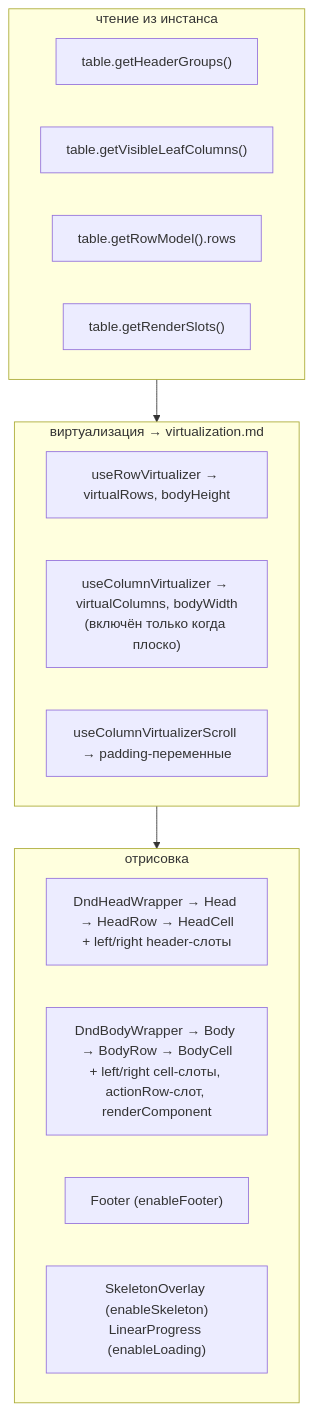
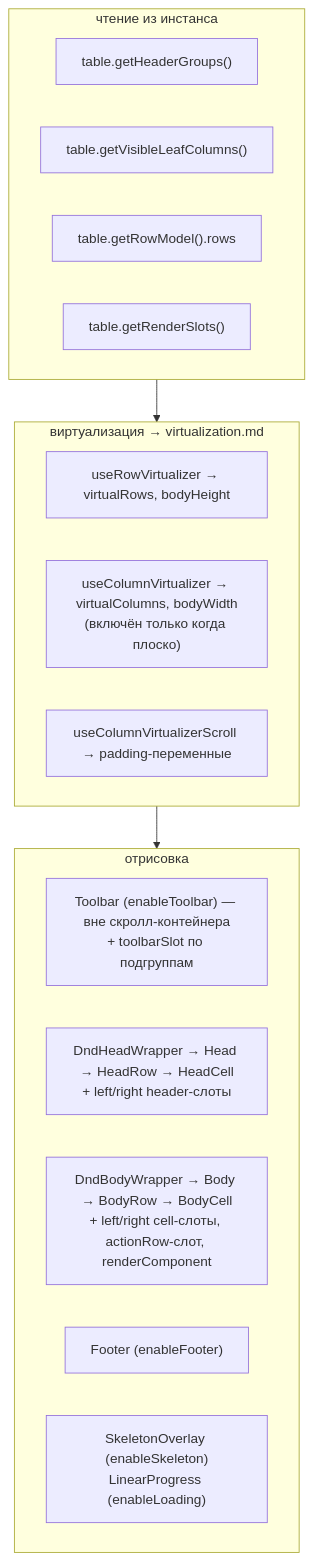
One commit to tessera-grid/tessera changed the third of 3 diagrams in docs/architecture/rendering.md. Above: the diagram before and after it, drawn with Mermaid. The commit also changed other lines of this file and 58 other files, not shown here.

````diff
--- a/docs/architecture/rendering.md
+++ b/docs/architecture/rendering.md
@@ -59,24 +59,25 @@
 ```mermaid
 flowchart TB
     subgraph read["чтение из инстанса"]
         HGS["table.getHeaderGroups()"]
         LC["table.getVisibleLeafColumns()"]
         RM["table.getRowModel().rows"]
         SLOTS["table.getRenderSlots()"]
     end
 
     subgraph virt["виртуализация → virtualization.md"]
         RV["useRowVirtualizer → virtualRows, bodyHeight"]
         CV["useColumnVirtualizer → virtualColumns, bodyWidth<br/>(включён только когда плоско)"]
         PAD["useColumnVirtualizerScroll → padding-переменные"]
     end
 
     subgraph paint["отрисовка"]
+        TB["Toolbar (enableToolbar) — вне скролл-контейнера<br/>+ toolbarSlot по подгруппам"]
         HEAD["DndHeadWrapper → Head → HeadRow → HeadCell<br/>+ left/right header-слоты"]
         BODY["DndBodyWrapper → Body → BodyRow → BodyCell<br/>+ left/right cell-слоты, actionRow-слот, renderComponent"]
         FOOT["Footer (enableFooter)"]
         SK["SkeletonOverlay (enableSkeleton)<br/>LinearProgress (enableLoading)"]
     end
 
     read --> virt --> paint
 ```
````
